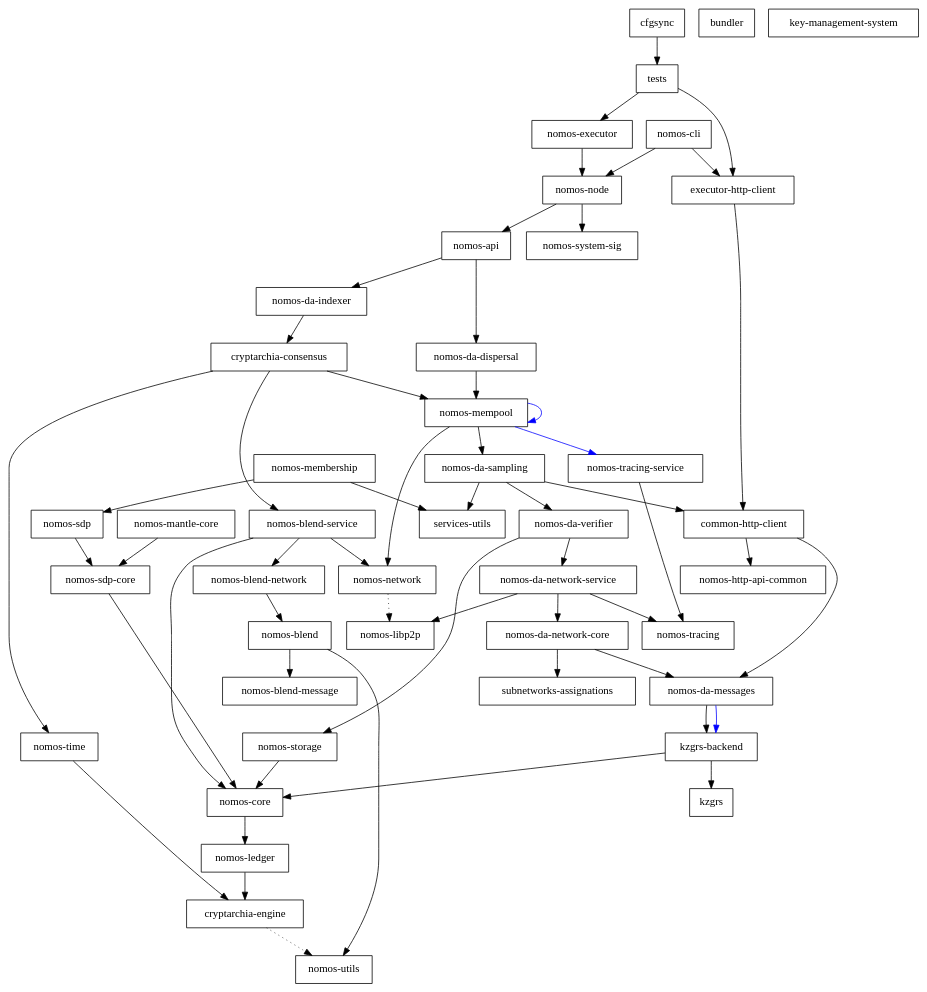
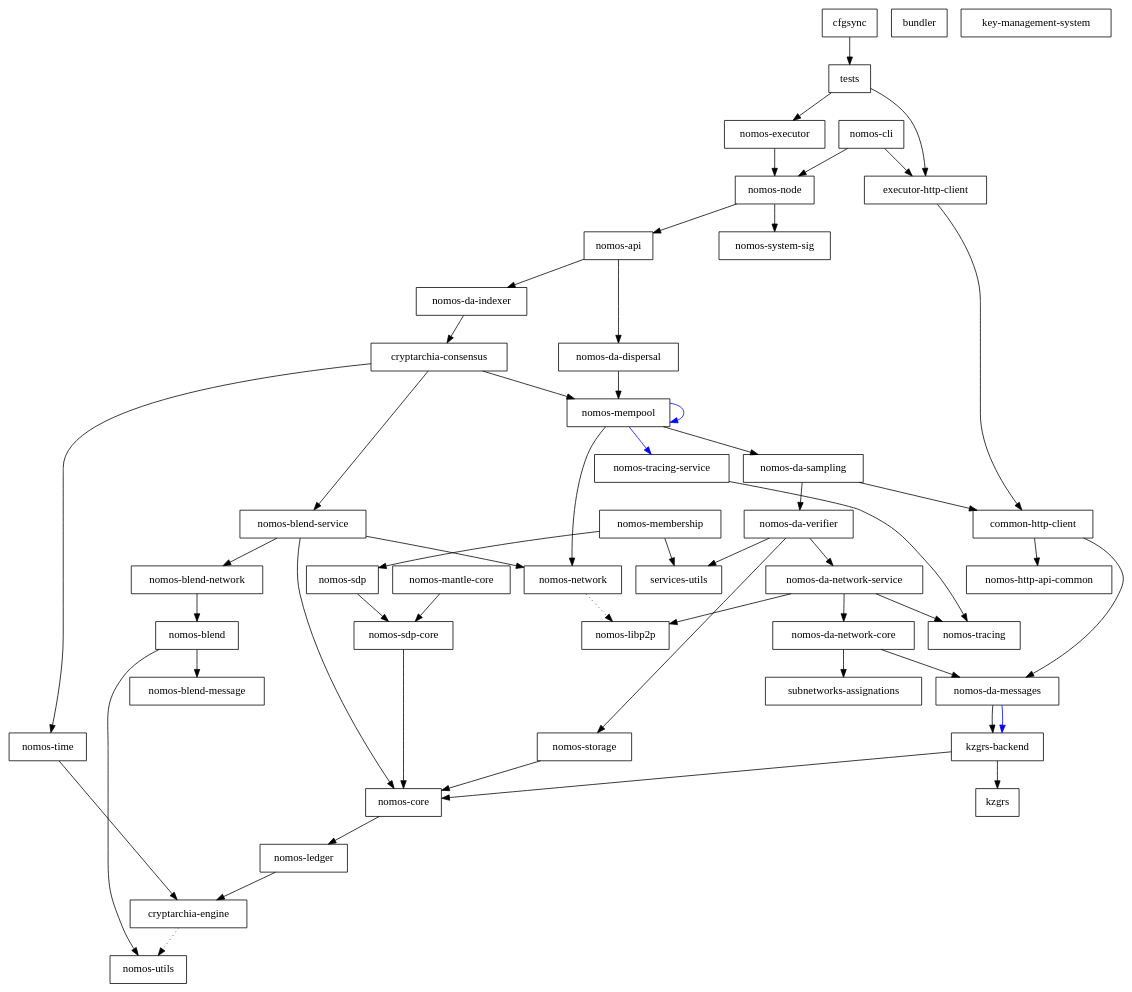
The diagram in dependencies_graph.dot (logos-co/nomos), drawn with Graphviz before and after one commit. The commit also changed 2 other files, not shown here.

```diff
--- a/dependencies_graph.dot
+++ b/dependencies_graph.dot
@@ -1,99 +1,99 @@
 digraph {
     0 [ label = "cryptarchia-engine" shape = box]
     1 [ label = "nomos-utils" shape = box]
     2 [ label = "nomos-ledger" shape = box]
     3 [ label = "nomos-http-api-common" shape = box]
     4 [ label = "nomos-executor" shape = box]
     5 [ label = "kzgrs-backend" shape = box]
     6 [ label = "kzgrs" shape = box]
     7 [ label = "nomos-core" shape = box]
     8 [ label = "nomos-api" shape = box]
     9 [ label = "cryptarchia-consensus" shape = box]
     10 [ label = "nomos-blend-service" shape = box]
     11 [ label = "nomos-blend" shape = box]
     12 [ label = "nomos-blend-message" shape = box]
     13 [ label = "nomos-blend-network" shape = box]
     14 [ label = "nomos-libp2p" shape = box]
     15 [ label = "nomos-network" shape = box]
     16 [ label = "nomos-da-sampling" shape = box]
     17 [ label = "common-http-client" shape = box]
     18 [ label = "nomos-da-messages" shape = box]
     19 [ label = "nomos-da-network-core" shape = box]
     20 [ label = "subnetworks-assignations" shape = box]
     21 [ label = "nomos-da-network-service" shape = box]
     22 [ label = "nomos-tracing" shape = box]
     23 [ label = "nomos-da-verifier" shape = box]
     24 [ label = "nomos-storage" shape = box]
     25 [ label = "services-utils" shape = box]
     26 [ label = "nomos-mempool" shape = box]
     27 [ label = "nomos-tracing-service" shape = box]
     28 [ label = "nomos-time" shape = box]
     29 [ label = "nomos-da-dispersal" shape = box]
     30 [ label = "nomos-da-indexer" shape = box]
     31 [ label = "nomos-node" shape = box]
     32 [ label = "nomos-system-sig" shape = box]
     33 [ label = "executor-http-client" shape = box]
     34 [ label = "bundler" shape = box]
     35 [ label = "nomos-cli" shape = box]
     36 [ label = "nomos-mantle-core" shape = box]
     37 [ label = "nomos-sdp-core" shape = box]
     38 [ label = "key-management-system" shape = box]
     39 [ label = "nomos-membership" shape = box]
     40 [ label = "nomos-sdp" shape = box]
     41 [ label = "cfgsync" shape = box]
     42 [ label = "tests" shape = box]
     0 -> 1 [ style = dotted]
     2 -> 0 [ ]
     4 -> 31 [ ]
     5 -> 6 [ ]
     5 -> 7 [ ]
     7 -> 2 [ ]
     8 -> 29 [ ]
     8 -> 30 [ ]
     9 -> 10 [ ]
     9 -> 26 [ ]
     9 -> 28 [ ]
     10 -> 13 [ ]
     10 -> 7 [ ]
     10 -> 15 [ ]
     11 -> 12 [ ]
     11 -> 1 [ ]
     13 -> 11 [ ]
     15 -> 14 [ style = dotted]
     16 -> 17 [ ]
     16 -> 23 [ ]
-    16 -> 25 [ ]
     17 -> 18 [ ]
     17 -> 3 [ ]
     18 -> 5 [ ]
     18 -> 5 [ color = blue]
     19 -> 18 [ ]
     19 -> 20 [ ]
     21 -> 19 [ ]
     21 -> 14 [ ]
     21 -> 22 [ ]
     23 -> 21 [ ]
     23 -> 24 [ ]
+    23 -> 25 [ ]
     24 -> 7 [ ]
     26 -> 16 [ ]
     26 -> 26 [ color = blue]
     26 -> 15 [ ]
     26 -> 27 [ color = blue]
     27 -> 22 [ ]
     28 -> 0 [ ]
     29 -> 26 [ ]
     30 -> 9 [ ]
     31 -> 8 [ ]
     31 -> 32 [ ]
     33 -> 17 [ ]
     35 -> 33 [ ]
     35 -> 31 [ ]
     36 -> 37 [ ]
     37 -> 7 [ ]
     39 -> 40 [ ]
     39 -> 25 [ ]
     40 -> 37 [ ]
     41 -> 42 [ ]
     42 -> 33 [ ]
     42 -> 4 [ ]
 }
```
